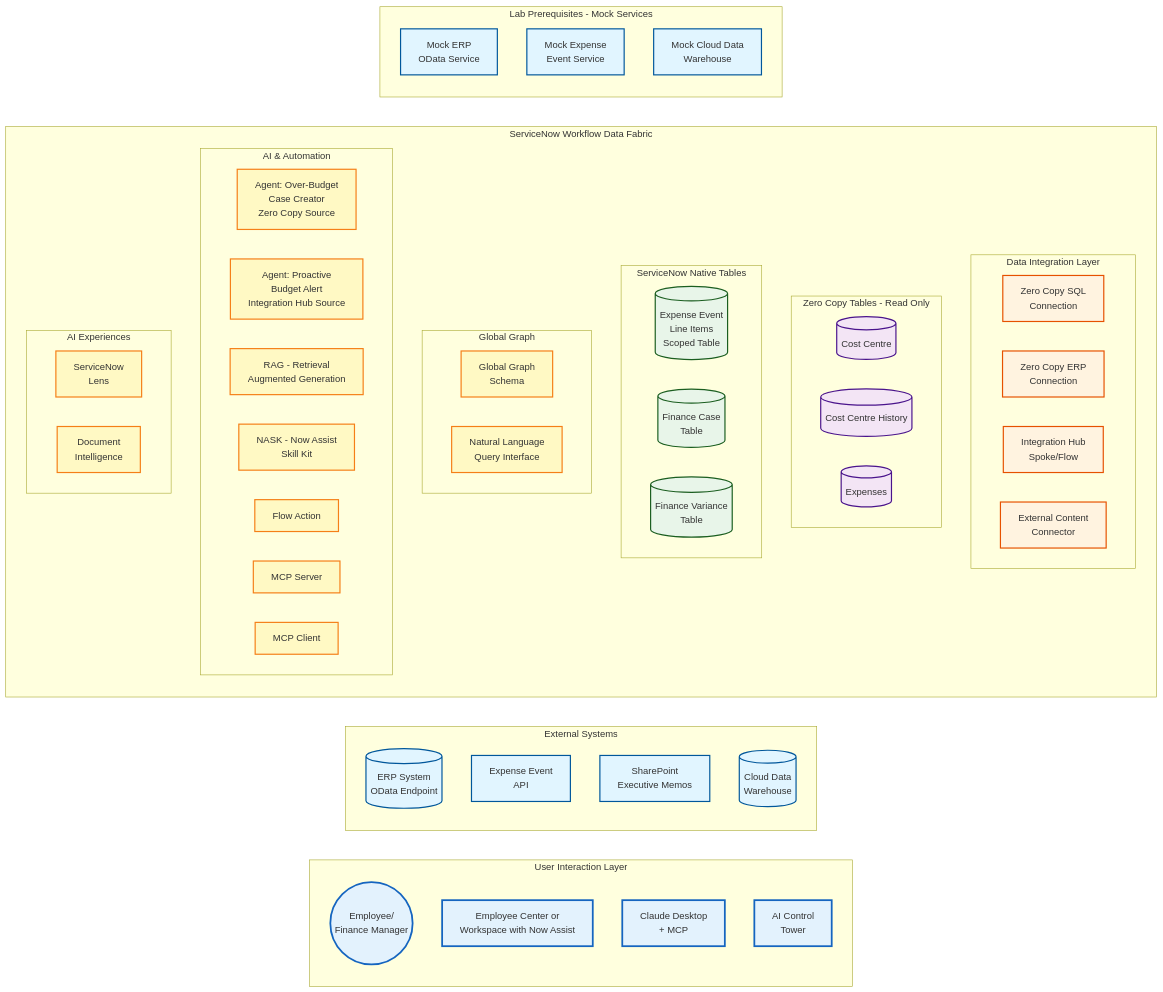
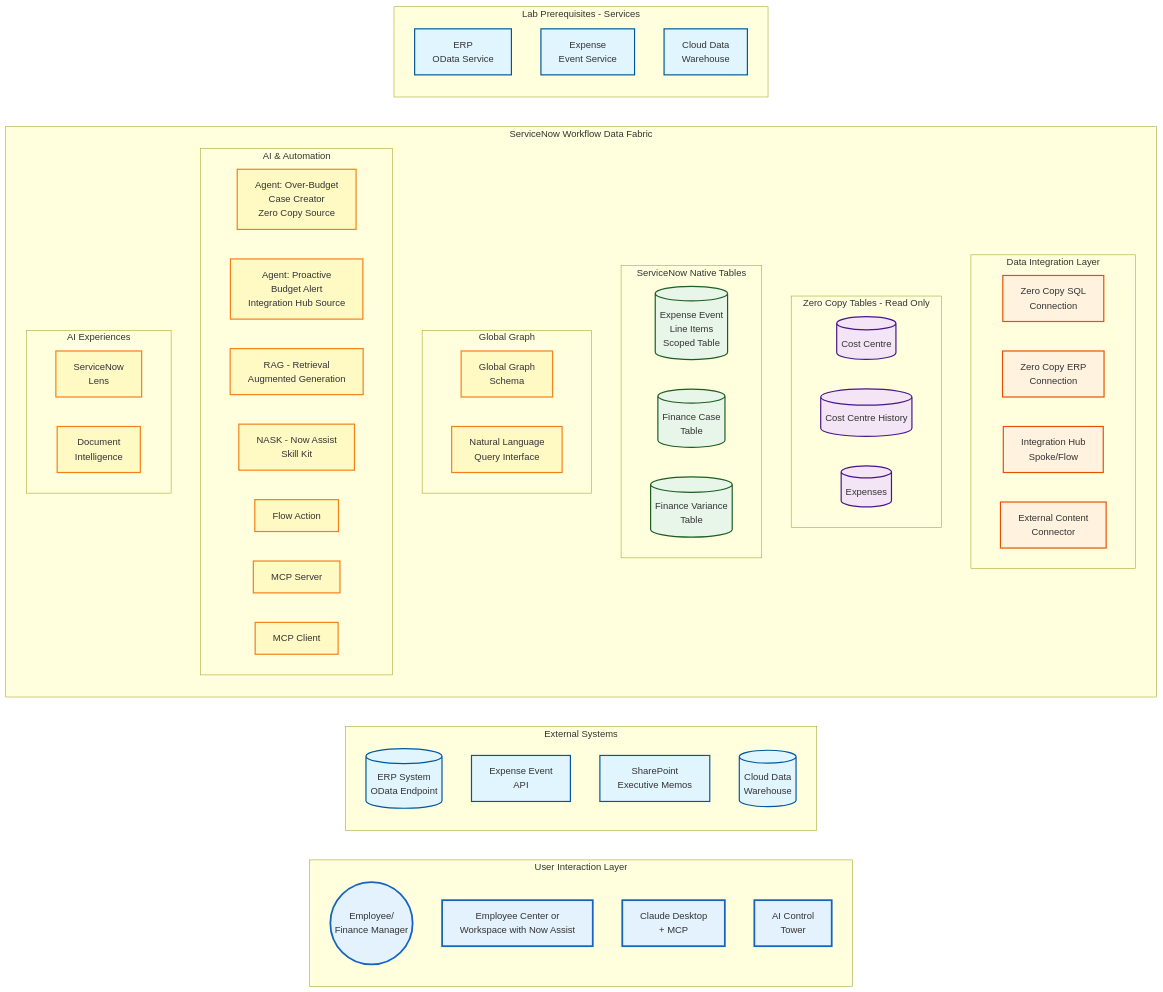
Before and after one commit to leojacinto/WorkflowDataFabric-TypeA: the first of 2 diagrams in WDF_Diagrams.md, drawn with Mermaid. The commit also changed other lines of this file, not shown here.

````diff
--- a/WDF_Diagrams.md
+++ b/WDF_Diagrams.md
@@ -5,79 +12,79 @@
 ```mermaid
 graph LR
     subgraph "User Interaction Layer"
         Employee((Employee/<br/>Finance Manager))
         EC[Employee Center or<br/>Workspace with Now Assist]
         ClaudeDesktop[Claude Desktop<br/>+ MCP]
         ControlTower[AI Control<br/>Tower]
     end
 
     subgraph "External Systems"
         ERP[(ERP System<br/>OData Endpoint)]
         ExpenseAPI[Expense Event<br/>API]
         SharePoint[SharePoint<br/>Executive Memos]
         CDW[(Cloud Data<br/>Warehouse)]
     end
 
     subgraph "ServiceNow Workflow Data Fabric"
         subgraph "Data Integration Layer"
             ZeroCopySQL[Zero Copy SQL<br/>Connection]
             ZeroCopyERP[Zero Copy ERP<br/>Connection]
             IntHub[Integration Hub<br/>Spoke/Flow]
             ExtContent[External Content<br/>Connector]
         end
 
         subgraph "Zero Copy Tables - Read Only"
             ZCCC[(Cost Centre)]
             ZCCH[(Cost Centre History)]
             ZCExp[(Expenses)]
         end
 
         subgraph "ServiceNow Native Tables"
             ExpenseTable[(Expense Event<br/>Line Items<br/>Scoped Table)]
             FinCase[(Finance Case<br/>Table)]
             FinVar[(Finance Variance<br/>Table)]
         end
 
         subgraph "Global Graph"
             GGraph[Global Graph<br/>Schema]
             NLQuery[Natural Language<br/>Query Interface]
         end
 
         subgraph "AI & Automation"
             Agent1[Agent: Over-Budget<br/>Case Creator<br/>Zero Copy Source]
             Agent2[Agent: Proactive<br/>Budget Alert<br/>Integration Hub Source]
             RAG[RAG - Retrieval<br/>Augmented Generation]
             NASK[NASK - Now Assist<br/>Skill Kit]
             FlowAction[Flow Action]
             MCP[MCP Server]
             MCPC[MCP Client]
         end
 
         subgraph "AI Experiences"
             Lens["ServiceNow</br>Lens"]
             DocIntel["Document</br>Intelligence"]
         end
     end
 
-    subgraph "Lab Prerequisites - Mock Services"
-        MockERP[Mock ERP<br/>OData Service]
-        MockExpense[Mock Expense<br/>Event Service]
-        MockCDW[Mock Cloud Data<br/>Warehouse]
+    subgraph "Lab Prerequisites - Services"
+        PrereqERP[ERP<br/>OData Service]
+        PrereqExpense[Expense<br/>Event Service]
+        PrereqCDW[Cloud Data<br/>Warehouse]
     end
 
     %% Styling
     classDef external fill:#e1f5ff,stroke:#01579b,stroke-width:2px
     classDef integration fill:#fff3e0,stroke:#e65100,stroke-width:2px
     classDef zeroCopy fill:#f3e5f5,stroke:#4a148c,stroke-width:2px
     classDef native fill:#e8f5e9,stroke:#1b5e20,stroke-width:2px
     classDef ai fill:#fff9c4,stroke:#f57f17,stroke-width:2px
     classDef user fill:#e3f2fd,stroke:#1565c0,stroke-width:3px
 
     class ERP,ExpenseAPI,SharePoint,CDW external
     class ZeroCopySQL,ZeroCopyERP,IntHub,ExtContent integration
     class ZCCC,ZCCH,ZCExp zeroCopy
     class ExpenseTable,FinCase,FinVar native
     class Agent1,Agent2,RAG,NASK,FlowAction,MCP,MCPC,GGraph,NLQuery,Lens,DocIntel ai
     class Employee,EC,ControlTower,ClaudeDesktop user
-    class MockERP,MockExpense,MockCDW external
+    class PrereqERP,PrereqExpense,PrereqCDW external
 ```
````
